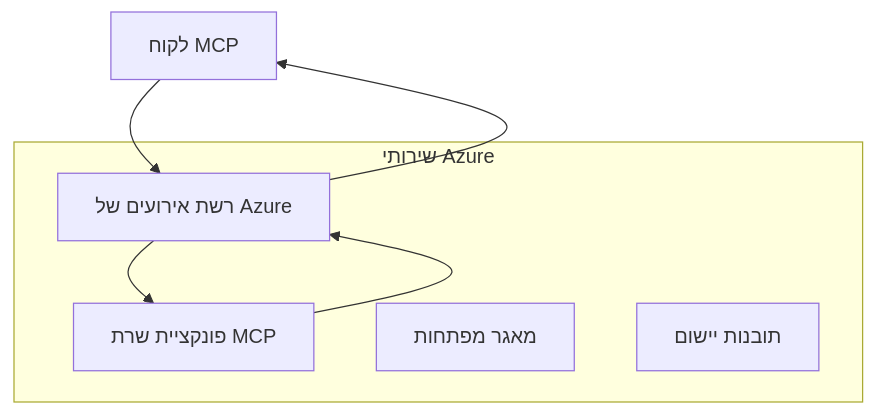
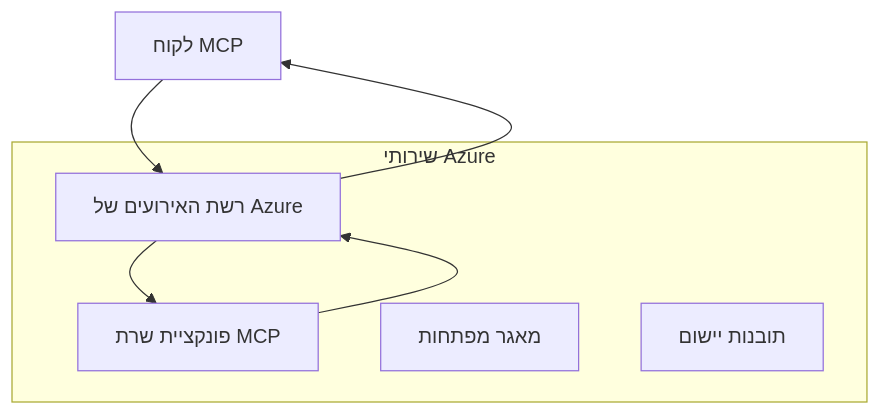
The first of 2 diagrams in mcp_ecosystem__model_context_protocol/mcp_learning_resources/mcp-for-beginners/translations/he/05-AdvancedTopics/mcp-transport/README.md (HIDORAKAI002/ai-workspace-archive), drawn with Mermaid before and after one commit. The commit also changed other lines of this file and 1539 other files, not shown here.

````diff
--- a/mcp_ecosystem__model_context_protocol/mcp_learning_resources/mcp-for-beginners/translations/he/05-AdvancedTopics/mcp-transport/README.md
+++ b/mcp_ecosystem__model_context_protocol/mcp_learning_resources/mcp-for-beginners/translations/he/05-AdvancedTopics/mcp-transport/README.md
@@ -58,14 +58,14 @@
 ```mermaid
 graph TB
-    Client[לקוח MCP] --> EG[רשת אירועים של Azure]
+    Client[לקוח MCP] --> EG[רשת האירועים של Azure]
     EG --> Server[פונקציית שרת MCP]
     Server --> EG
     EG --> Client
     
     subgraph "שירותי Azure"
         EG
         Server
         KV[מאגר מפתחות]
         Monitor[תובנות יישום]
     end
 ```
````
